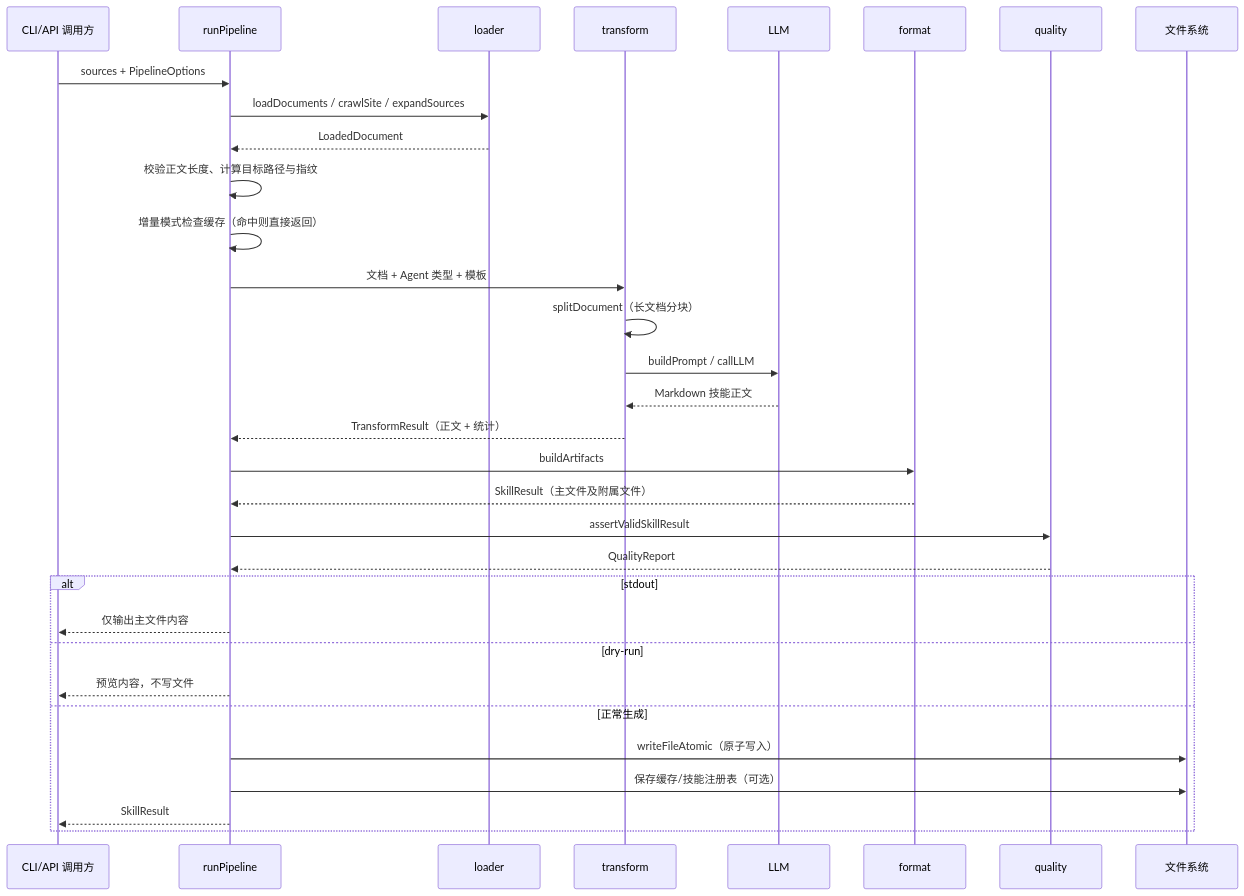
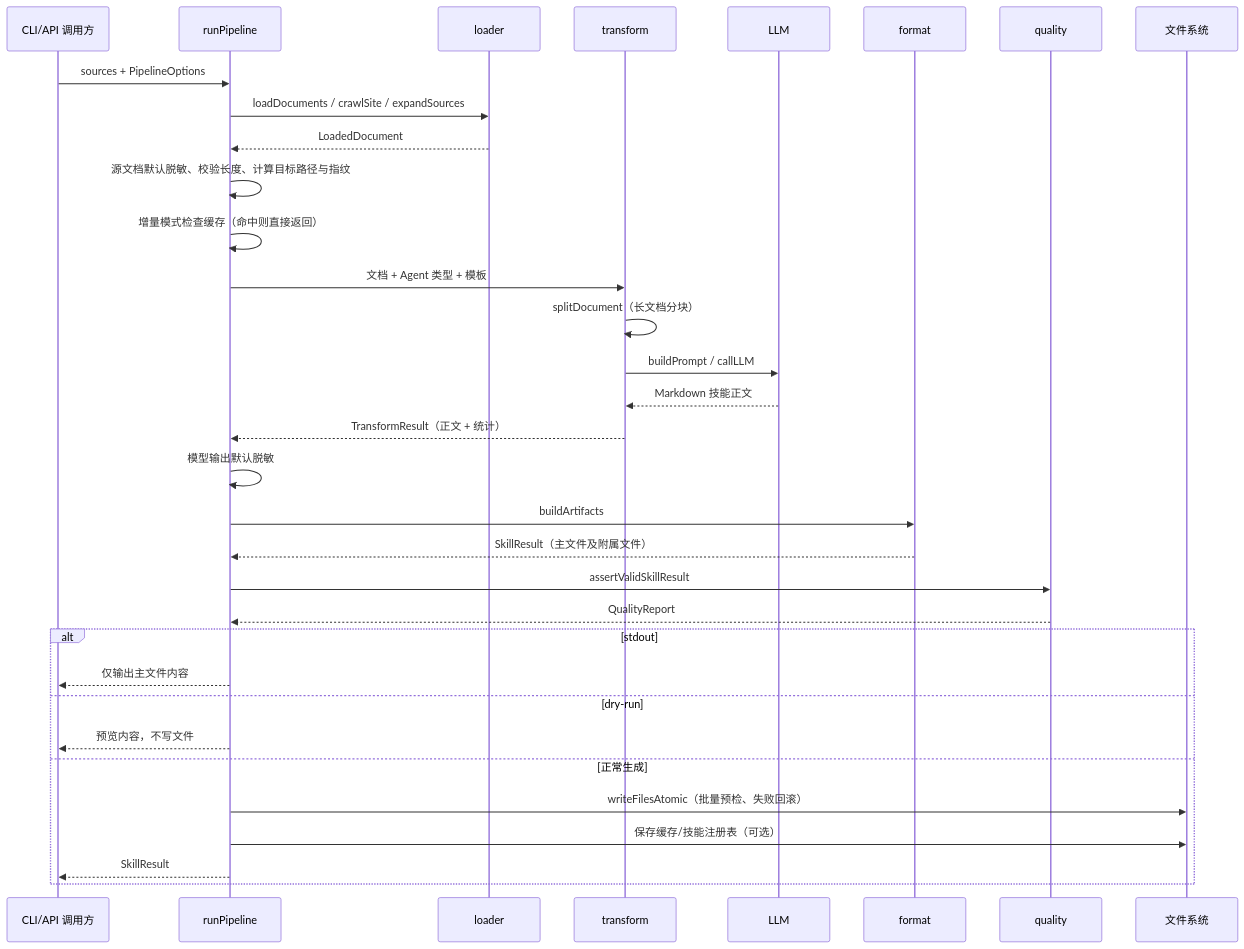
One commit to xkun1/ai-devtoolkit changed the second of 2 diagrams in docs/architecture.md. Above: the diagram before and after it, drawn with Mermaid. The commit also changed other lines of this file and 66 other files, not shown here.

````diff
--- a/docs/architecture.md
+++ b/docs/architecture.md
@@ -47,35 +47,36 @@
 ```mermaid
 sequenceDiagram
     participant C as CLI/API 调用方
     participant P as runPipeline
     participant L as loader
     participant T as transform
     participant M as LLM
     participant F as format
     participant Q as quality
     participant W as 文件系统
 
     C->>P: sources + PipelineOptions
     P->>L: loadDocuments / crawlSite / expandSources
     L-->>P: LoadedDocument
-    P->>P: 校验正文长度、计算目标路径与指纹
+    P->>P: 源文档默认脱敏、校验长度、计算目标路径与指纹
     P->>P: 增量模式检查缓存（命中则直接返回）
     P->>T: 文档 + Agent 类型 + 模板
     T->>T: splitDocument（长文档分块）
     T->>M: buildPrompt / callLLM
     M-->>T: Markdown 技能正文
     T-->>P: TransformResult（正文 + 统计）
+    P->>P: 模型输出默认脱敏
     P->>F: buildArtifacts
     F-->>P: SkillResult（主文件及附属文件）
     P->>Q: assertValidSkillResult
     Q-->>P: QualityReport
     alt stdout
         P-->>C: 仅输出主文件内容
     else dry-run
         P-->>C: 预览内容，不写文件
     else 正常生成
-        P->>W: writeFileAtomic（原子写入）
+        P->>W: writeFilesAtomic（批量预检、失败回滚）
         P->>W: 保存缓存/技能注册表（可选）
         P-->>C: SkillResult
     end
 ```
````
